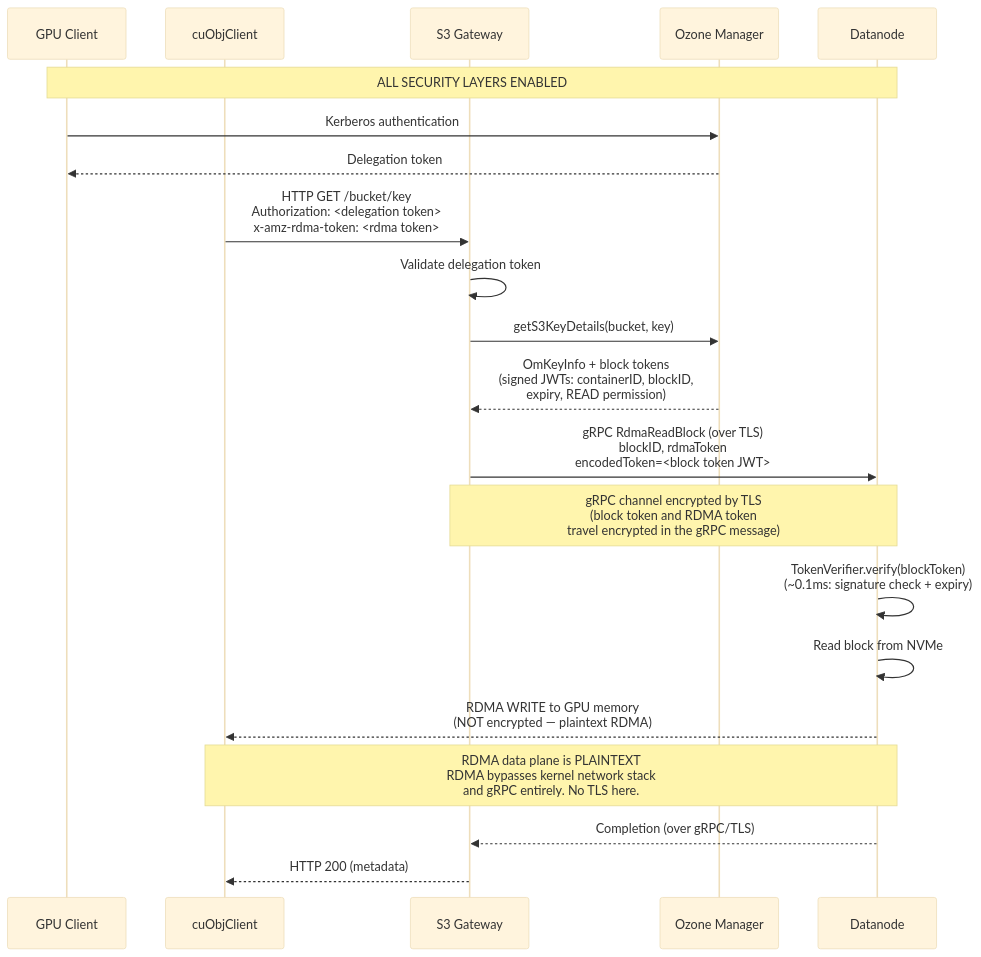
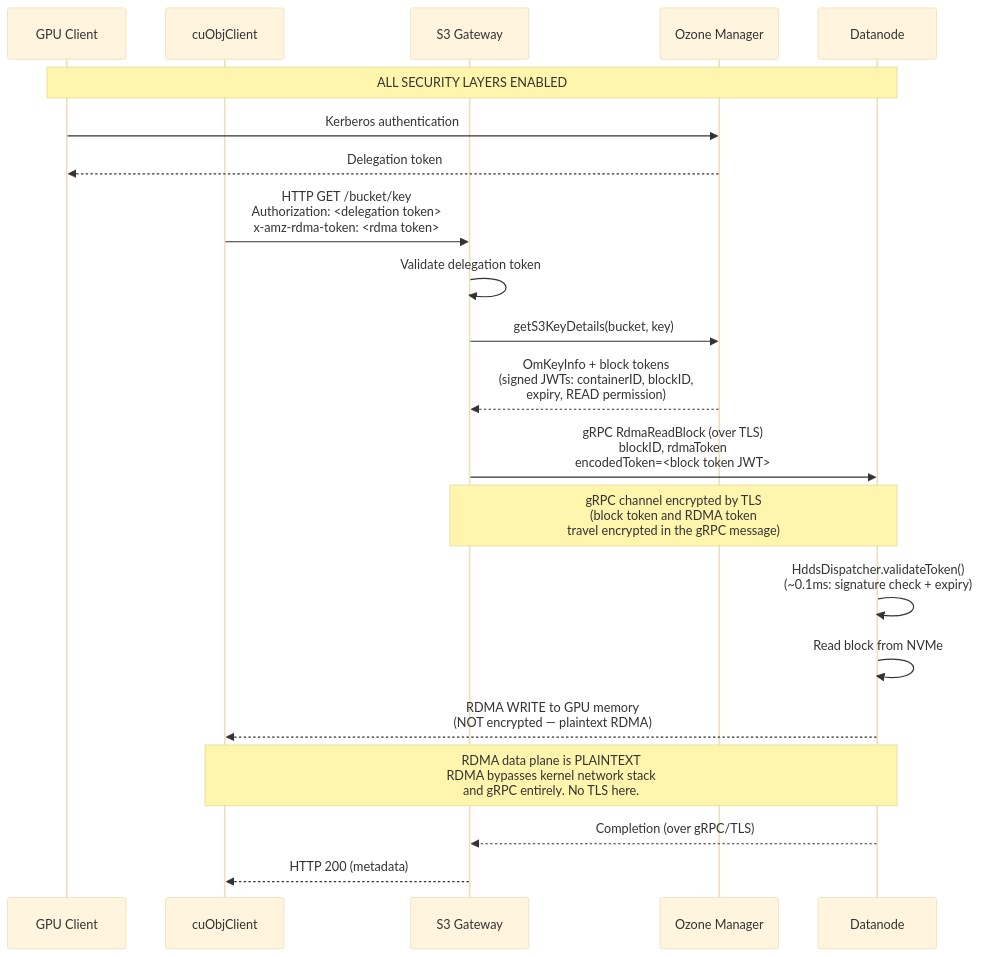
Before and after one commit to ptlrs/ozone: diagram 14 of 18 in docs/gds-dn-direct-rdma-implementation-spec.md, drawn with Mermaid (base theme). The commit also changed other lines of this file, not shown here.

````diff
--- a/docs/gds-dn-direct-rdma-implementation-spec.md
+++ b/docs/gds-dn-direct-rdma-implementation-spec.md
@@ -1023,23 +957,23 @@
 ```mermaid
 sequenceDiagram
   participant Client as GPU Client
   participant cuObj as cuObjClient
   participant GW as S3 Gateway
   participant OM as Ozone Manager
   participant DN as Datanode
   Note over Client, DN: ALL SECURITY LAYERS ENABLED
   Client ->> OM: Kerberos authentication
   OM -->> Client: Delegation token
   cuObj ->> GW: HTTP GET /bucket/key<br/>Authorization: <delegation token><br/>x-amz-rdma-token: <rdma token>
   GW ->> GW: Validate delegation token
   GW ->> OM: getS3KeyDetails(bucket, key)
   OM -->> GW: OmKeyInfo + block tokens<br/>(signed JWTs: containerID, blockID,<br/>expiry, READ permission)
   GW ->> DN: gRPC RdmaReadBlock (over TLS)<br/> blockID, rdmaToken<br/> encodedToken=<block token JWT>
   Note over GW, DN: gRPC channel encrypted by TLS<br/>(block token and RDMA token<br/>travel encrypted in the gRPC message)
-  DN ->> DN: TokenVerifier.verify(blockToken)<br/>(~0.1ms: signature check + expiry)
+  DN ->> DN: HddsDispatcher.validateToken()<br/>(~0.1ms: signature check + expiry)
   DN ->> DN: Read block from NVMe
   DN -->> cuObj: RDMA WRITE to GPU memory<br/>(NOT encrypted — plaintext RDMA)
   Note over DN, cuObj: RDMA data plane is PLAINTEXT<br/>RDMA bypasses kernel network stack<br/>and gRPC entirely. No TLS here.
   DN -->> GW: Completion (over gRPC/TLS)
   GW -->> cuObj: HTTP 200 (metadata)
 ```
````
